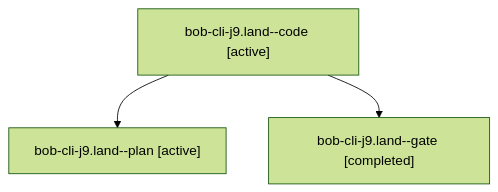
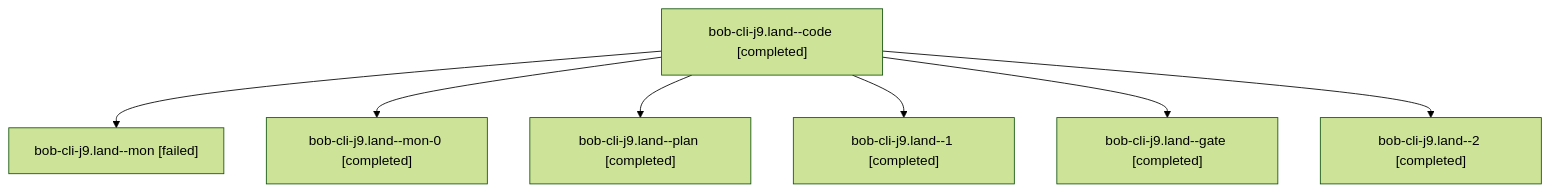
The diagram in sessions/bbugyi200.apollo.bob-cli-j9.land.md (bobs-org/bob-cli--agents), drawn with Mermaid (forest theme) before and after one commit. The commit also changed other lines of this file and 52 other files, not shown here.

````diff
--- a/sessions/bbugyi200.apollo.bob-cli-j9.land.md
+++ b/sessions/bbugyi200.apollo.bob-cli-j9.land.md
@@ -9,8 +9,16 @@
 ```mermaid
 flowchart TD
-  n0["bob-cli-j9.land--code [active]"]
-  n1["bob-cli-j9.land--plan [active]"]
+  n0["bob-cli-j9.land--code [completed]"]
+  n1["bob-cli-j9.land--mon [failed]"]
   n0 --> n1
-  n2["bob-cli-j9.land--gate [completed]"]
+  n2["bob-cli-j9.land--mon-0 [completed]"]
   n0 --> n2
+  n3["bob-cli-j9.land--plan [completed]"]
+  n0 --> n3
+  n4["bob-cli-j9.land--1 [completed]"]
+  n0 --> n4
+  n5["bob-cli-j9.land--gate [completed]"]
+  n0 --> n5
+  n6["bob-cli-j9.land--2 [completed]"]
+  n0 --> n6
 ```
````
